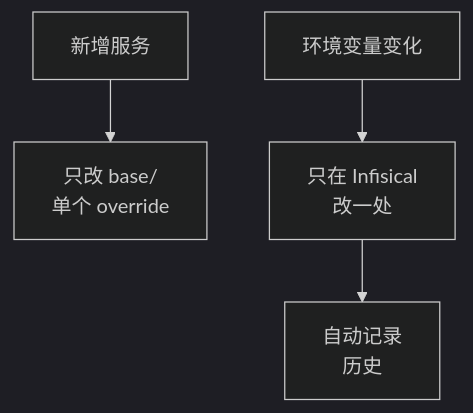
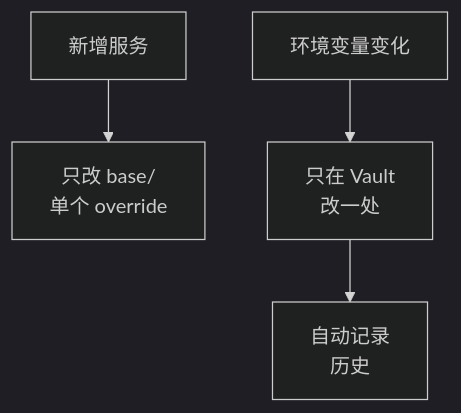
One commit to wangzitian0/PEG-scaner changed the fourth of 4 diagrams in docs/origin/BRN-007.app_env_design.md. Above: the diagram before and after it, drawn with Mermaid (dark theme). The commit also changed other lines of this file and 12 other files, not shown here.

Commit message:
docs: replace Infisical with Vault (#14)

````diff
--- a/docs/origin/BRN-007.app_env_design.md
+++ b/docs/origin/BRN-007.app_env_design.md
@@ -133,6 +133,6 @@
 ```mermaid
 graph TB
     A[新增服务] --> B[只改 base/<br/>单个 override]
-    C[环境变量变化] --> D[只在 Infisical<br/>改一处]
+    C[环境变量变化] --> D[只在 Vault<br/>改一处]
     D --> E[自动记录<br/>历史]
 ```
````
